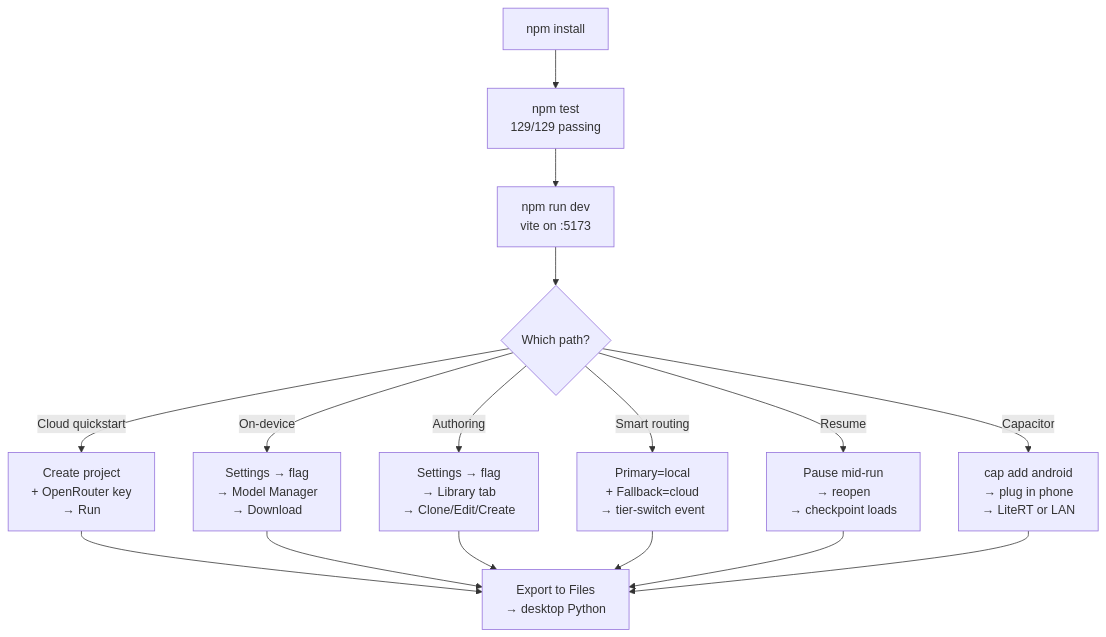
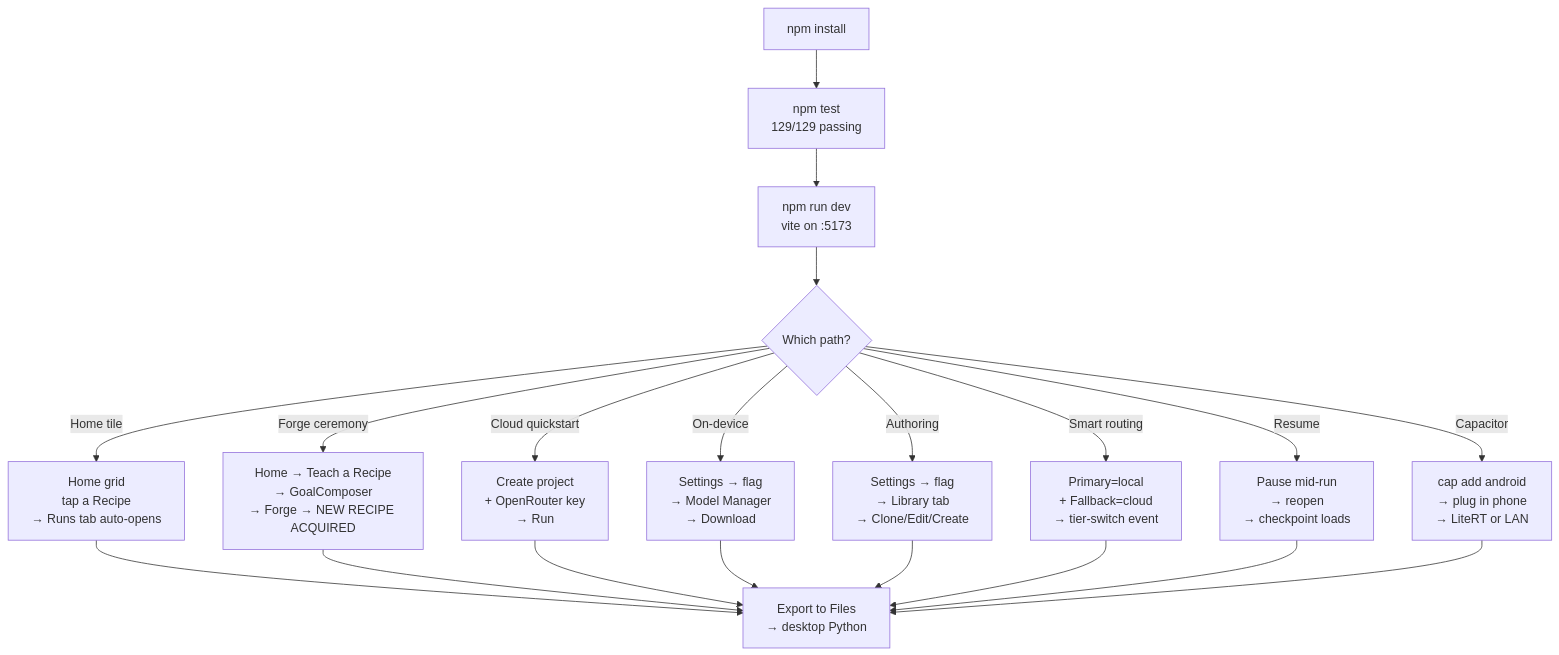
Before and after one commit to EvolvingAgentsLabs/skillos: the first of 9 diagrams in docs/tutorial-mobile.md, drawn with Mermaid. The commit also changed other lines of this file and 35 other files, not shown here.

````diff
--- a/docs/tutorial-mobile.md
+++ b/docs/tutorial-mobile.md
@@ -29,13 +31,15 @@
 ```mermaid
 flowchart TB
   A[npm install] --> B[npm test<br/>129/129 passing]
   B --> C[npm run dev<br/>vite on :5173]
   C --> D{Which path?}
+  D -- Home tile --> Hm[Home grid<br/>tap a Recipe<br/>→ Runs tab auto-opens]
+  D -- Forge ceremony --> Fg["Home → Teach a Recipe<br/>→ GoalComposer<br/>→ Forge → NEW RECIPE ACQUIRED"]
   D -- Cloud quickstart --> E[Create project<br/>+ OpenRouter key<br/>→ Run]
   D -- On-device --> F[Settings → flag<br/>→ Model Manager<br/>→ Download]
   D -- Authoring --> G[Settings → flag<br/>→ Library tab<br/>→ Clone/Edit/Create]
   D -- Smart routing --> H[Primary=local<br/>+ Fallback=cloud<br/>→ tier-switch event]
   D -- Resume --> I[Pause mid-run<br/>→ reopen<br/>→ checkpoint loads]
   D -- Capacitor --> J[cap add android<br/>→ plug in phone<br/>→ LiteRT or LAN]
-  E & F & G & H & I & J --> K[Export to Files<br/>→ desktop Python]
+  Hm & Fg & E & F & G & H & I & J --> K[Export to Files<br/>→ desktop Python]
 ```
````
